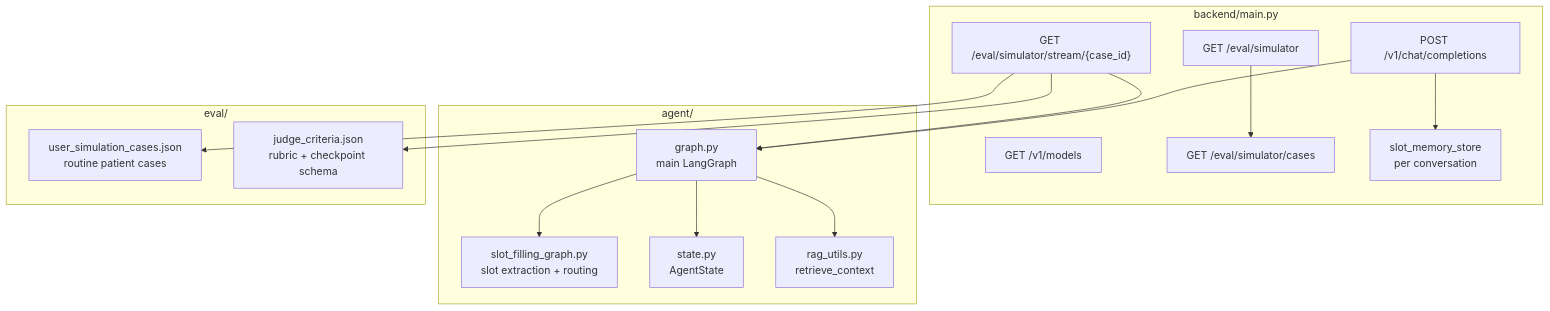
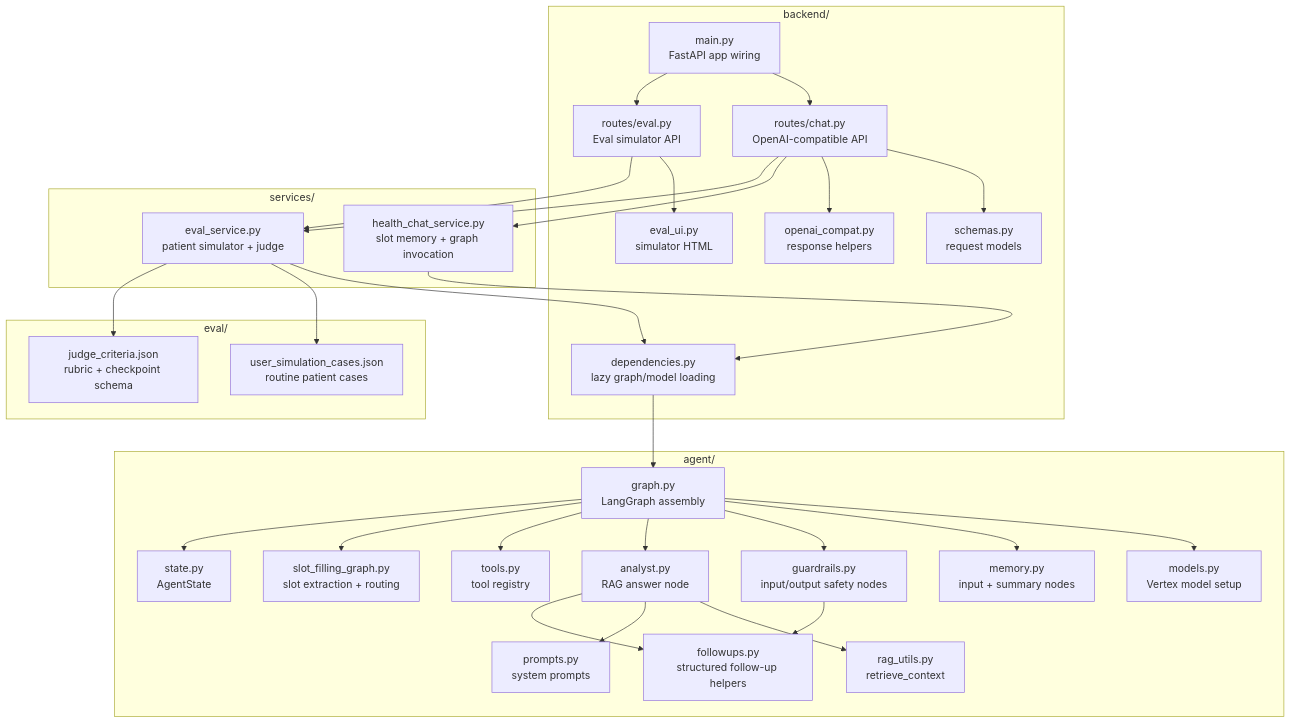
Before and after one commit to HealthChatbot-Chula/health-chatbot-ai: the second of 6 diagrams in README.md, drawn with Mermaid. The commit also changed other lines of this file and 26 other files, not shown here.

````diff
--- a/README.md
+++ b/README.md
@@ -61,33 +61,61 @@
 ```mermaid
 flowchart TB
-    subgraph backend["backend/main.py"]
-        models["GET /v1/models"]
-        chat["POST /v1/chat/completions"]
-        sim_page["GET /eval/simulator"]
-        sim_cases["GET /eval/simulator/cases"]
-        sim_stream["GET /eval/simulator/stream/{case_id}"]
-        memory["slot_memory_store<br/>per conversation"]
+    subgraph backend["backend/"]
+        main["main.py<br/>FastAPI app wiring"]
+        chat_route["routes/chat.py<br/>OpenAI-compatible API"]
+        eval_route["routes/eval.py<br/>Eval simulator API"]
+        schemas["schemas.py<br/>request models"]
+        compat["openai_compat.py<br/>response helpers"]
+        deps["dependencies.py<br/>lazy graph/model loading"]
+        eval_ui["eval_ui.py<br/>simulator HTML"]
+    end
+
+    subgraph services["services/"]
+        chat_service["health_chat_service.py<br/>slot memory + graph invocation"]
+        eval_service["eval_service.py<br/>patient simulator + judge"]
     end
 
     subgraph agent["agent/"]
-        graph_py["graph.py<br/>main LangGraph"]
+        graph_py["graph.py<br/>LangGraph assembly"]
+        models["models.py<br/>Vertex model setup"]
+        memory["memory.py<br/>input + summary nodes"]
+        guardrails["guardrails.py<br/>input/output safety nodes"]
+        analyst["analyst.py<br/>RAG answer node"]
+        prompts["prompts.py<br/>system prompts"]
+        followups["followups.py<br/>structured follow-up helpers"]
+        tools["tools.py<br/>tool registry"]
         slots["slot_filling_graph.py<br/>slot extraction + routing"]
         state["state.py<br/>AgentState"]
         rag_utils["rag_utils.py<br/>retrieve_context"]
     end
 
     subgraph evals["eval/"]
         cases["user_simulation_cases.json<br/>routine patient cases"]
         criteria["judge_criteria.json<br/>rubric + checkpoint schema"]
     end
 
-    chat --> memory
-    chat --> graph_py
+    main --> chat_route
+    main --> eval_route
+    chat_route --> schemas
+    chat_route --> compat
+    chat_route --> chat_service
+    chat_route --> eval_service
+    eval_route --> eval_ui
+    eval_route --> eval_service
+    chat_service --> deps
+    eval_service --> deps
+    deps --> graph_py
+    graph_py --> models
+    graph_py --> memory
+    graph_py --> guardrails
+    graph_py --> analyst
+    graph_py --> tools
     graph_py --> slots
-    graph_py --> rag_utils
     graph_py --> state
-    sim_page --> sim_cases
-    sim_stream --> cases
-    sim_stream --> graph_py
-    sim_stream --> criteria
+    analyst --> rag_utils
+    analyst --> prompts
+    analyst --> followups
+    guardrails --> followups
+    eval_service --> cases
+    eval_service --> criteria
 ```
````
